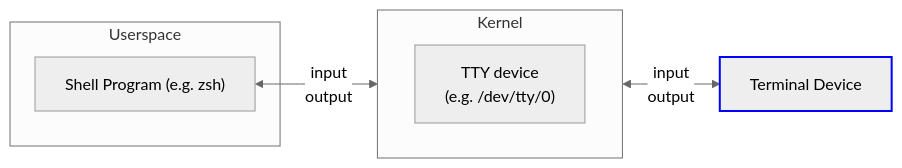
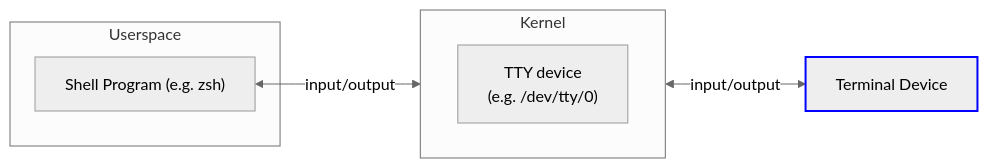
Before and after one commit to wezterm/wezterm: the first of 3 diagrams in docs/what-is-a-terminal.md, drawn with Mermaid (neutral theme). The commit also changed other lines of this file, not shown here.

First line of the commit message:
docs: replace literal `\n` with `<br/>` in flowchart labels

````diff
--- a/docs/what-is-a-terminal.md
+++ b/docs/what-is-a-terminal.md
@@ -56,13 +56,13 @@
 ```mermaid
 flowchart LR
     subgraph Kernel
         direction LR
-        TTY["TTY device\n(e.g. /dev/tty/0)"] 
+        TTY["TTY device<br/>(e.g. /dev/tty/0)"] 
     end
     
     subgraph Userspace
-    SHELL["Shell Program (e.g. zsh)"] <-- "input\noutput" --> TTY
+    SHELL["Shell Program (e.g. zsh)"] <-- "input/output" --> TTY
     end
-    TTY  <-- "input\noutput" -->  TE["Terminal Device"]:::td
+    TTY  <-- "input/output" -->  TE["Terminal Device"]:::td
     classDef td stroke:#00F,stroke-width:2px
 ```
````
